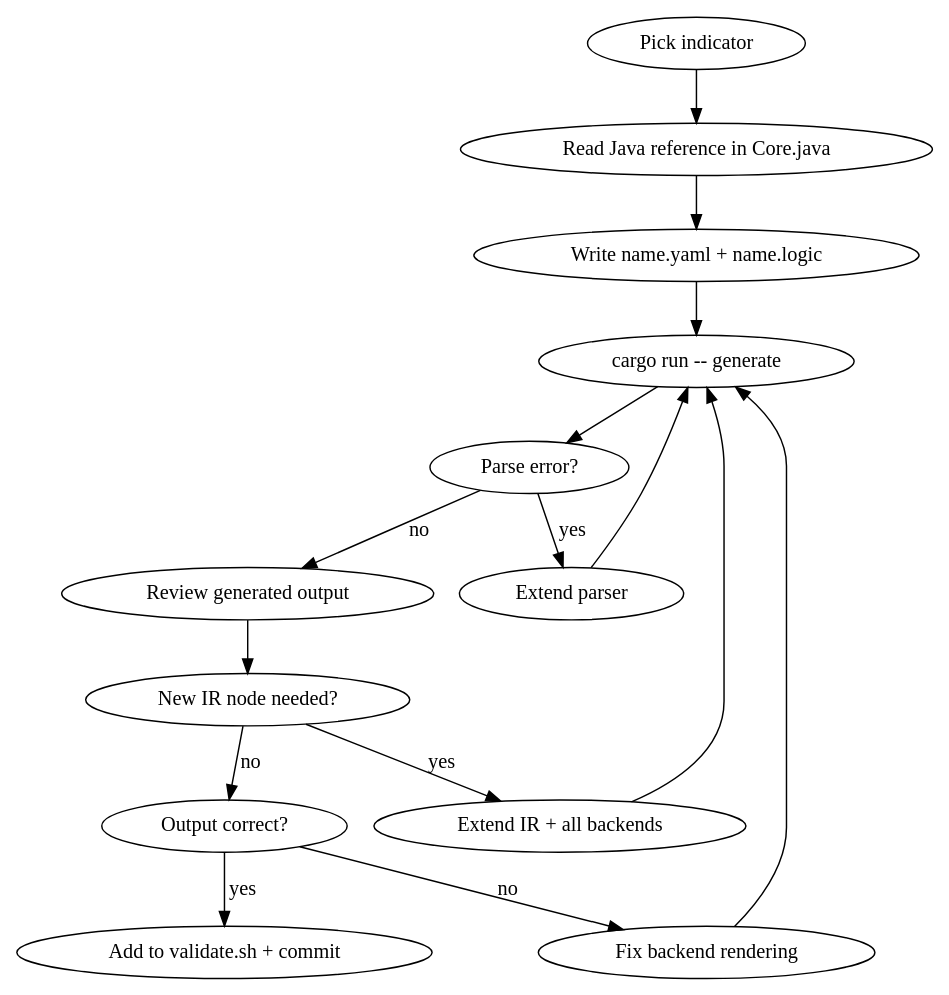
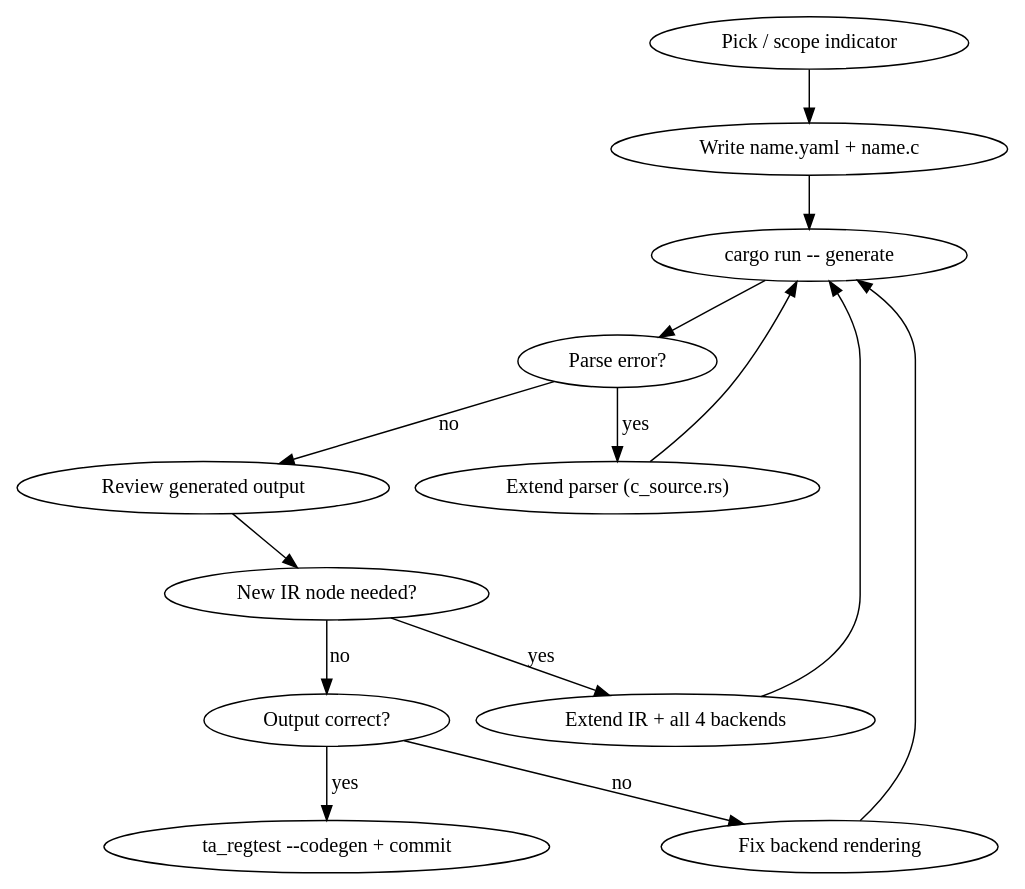
The diagram in ta-lib-main/.claude/skills/convert-indicator/SKILL.md (SewellZheng/stocks_picker), drawn with Graphviz before and after one commit. The commit also changed other lines of this file and 2318 other files, not shown here.

````diff
--- a/ta-lib-main/.claude/skills/convert-indicator/SKILL.md
+++ b/ta-lib-main/.claude/skills/convert-indicator/SKILL.md
@@ -17,18 +30,17 @@
 ```dot
 digraph convert {
-    "Pick indicator" -> "Read Java reference in Core.java";
-    "Read Java reference in Core.java" -> "Write name.yaml + name.logic";
-    "Write name.yaml + name.logic" -> "cargo run -- generate";
+    "Pick / scope indicator" -> "Write name.yaml + name.c";
+    "Write name.yaml + name.c" -> "cargo run -- generate";
     "cargo run -- generate" -> "Parse error?" [shape=diamond];
-    "Parse error?" -> "Extend parser" [label="yes"];
-    "Extend parser" -> "cargo run -- generate";
+    "Parse error?" -> "Extend parser (c_source.rs)" [label="yes"];
+    "Extend parser (c_source.rs)" -> "cargo run -- generate";
     "Parse error?" -> "Review generated output" [label="no"];
     "Review generated output" -> "New IR node needed?" [shape=diamond];
-    "New IR node needed?" -> "Extend IR + all backends" [label="yes"];
-    "Extend IR + all backends" -> "cargo run -- generate";
+    "New IR node needed?" -> "Extend IR + all 4 backends" [label="yes"];
+    "Extend IR + all 4 backends" -> "cargo run -- generate";
     "New IR node needed?" -> "Output correct?" [label="no"];
-    "Output correct?" -> "Add to validate.sh + commit" [label="yes"];
+    "Output correct?" -> "ta_regtest --codegen + commit" [label="yes"];
     "Output correct?" -> "Fix backend rendering" [label="no"];
     "Fix backend rendering" -> "cargo run -- generate";
 }
 ```
````
